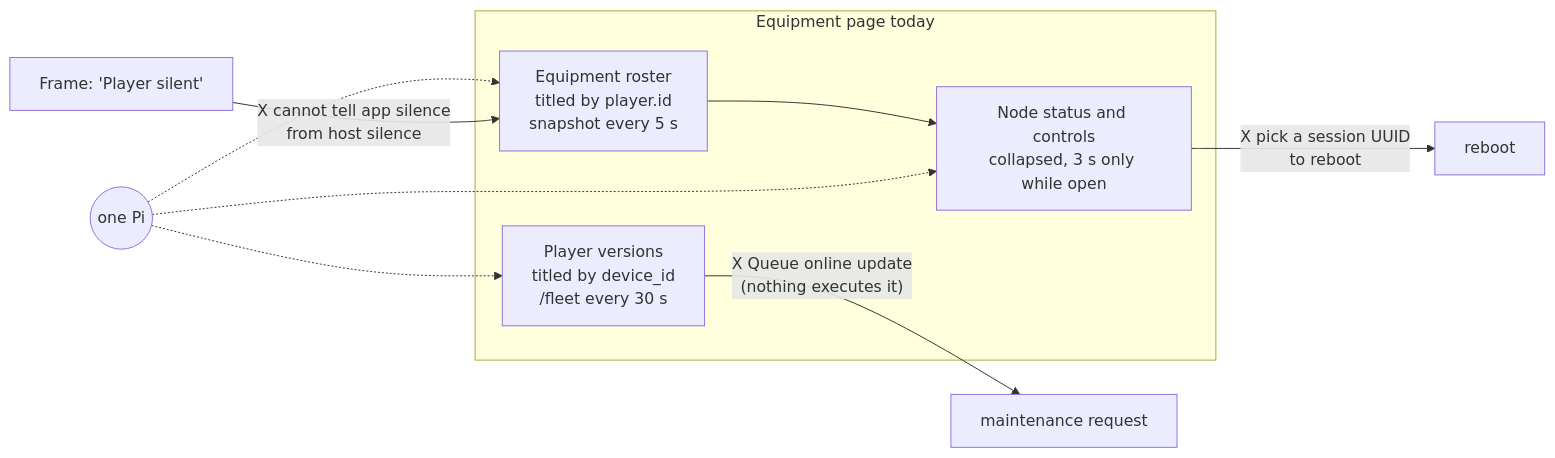
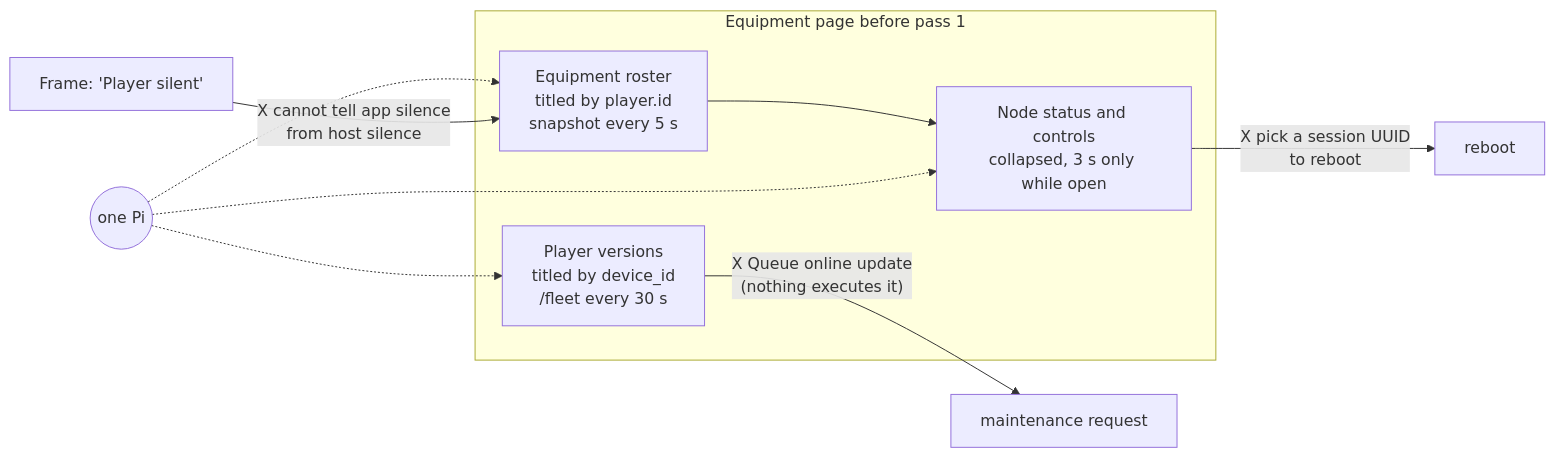
Before and after one commit to mcurcio/photo-wall: the first of 5 diagrams in docs/operator-console-ddd.md, drawn with Mermaid. The commit also changed other lines of this file and 9 other files, not shown here.

````diff
--- a/docs/operator-console-ddd.md
+++ b/docs/operator-console-ddd.md
@@ -15,15 +15,15 @@
 ```mermaid
 flowchart LR
-  subgraph EQ["Equipment page today"]
+  subgraph EQ["Equipment page before pass 1"]
     PV["Player versions<br/>titled by device_id<br/>/fleet every 30 s"]
     ER["Equipment roster<br/>titled by player.id<br/>snapshot every 5 s"]
     ND["Node status and controls<br/>collapsed, 3 s only while open"]
     ER --> ND
   end
   BOX(("one Pi")) -.-> PV
   BOX -.-> ER
   BOX -.-> ND
   PV -->|"X Queue online update<br/>(nothing executes it)"| DEAD["maintenance request"]
   ND -->|"X pick a session UUID<br/>to reboot"| RB["reboot"]
   WALL["Frame: 'Player silent'"] -->|"X cannot tell app silence<br/>from host silence"| ER
 ```
````
